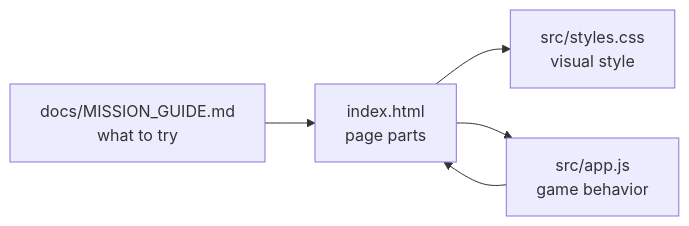
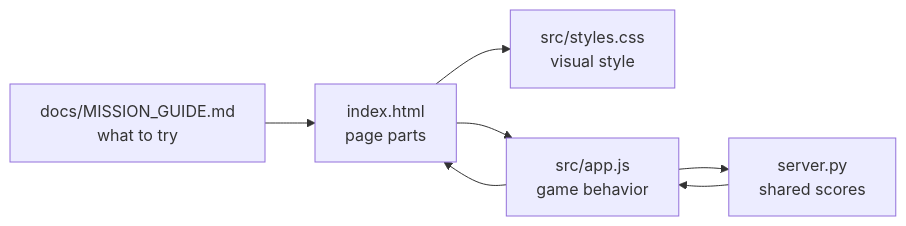
One commit to Mr-PI-Bala/SPRK-Hello-Repo changed the first of 2 diagrams in missions/01-ReactionRace-nP/docs/CODE_WALKTHROUGH.md. Above: the diagram before and after it, drawn with Mermaid. The commit also changed other lines of this file and 5 other files, not shown here.

````diff
--- a/missions/01-ReactionRace-nP/docs/CODE_WALKTHROUGH.md
+++ b/missions/01-ReactionRace-nP/docs/CODE_WALKTHROUGH.md
@@ -21,7 +24,9 @@
 ```mermaid
 flowchart LR
     HTML["index.html<br/>page parts"] --> CSS["src/styles.css<br/>visual style"]
     HTML --> JS["src/app.js<br/>game behavior"]
+    JS --> Server["server.py<br/>shared scores"]
+    Server --> JS
     JS --> HTML
     Guide["docs/MISSION_GUIDE.md<br/>what to try"] --> HTML
 ```
````
